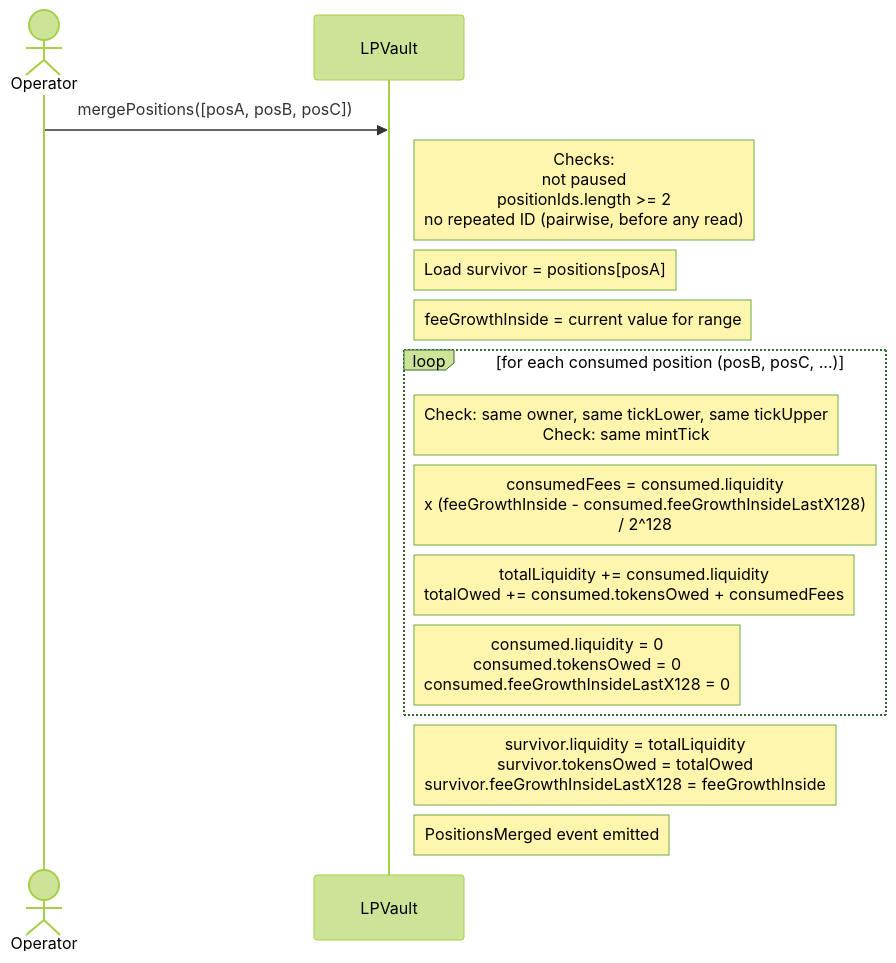
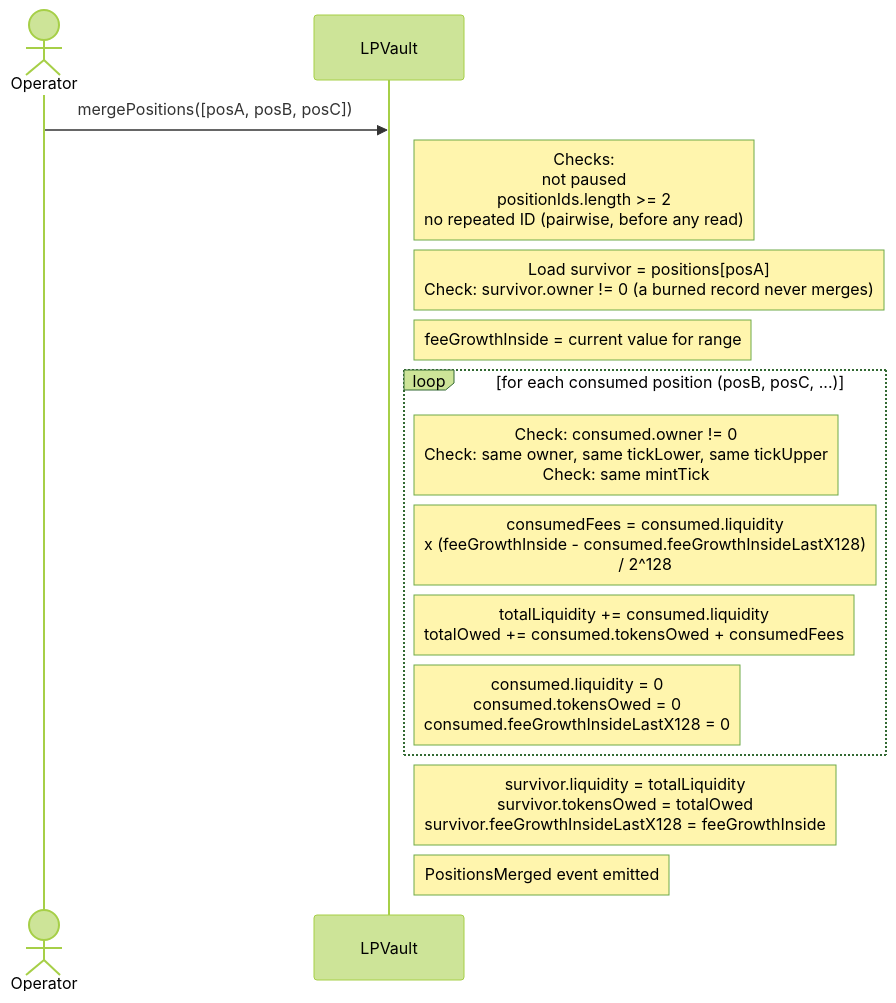
One commit to ProphetMarket/lp-vaults changed diagram 18 of 35 in REFERENCE.md. Above: the diagram before and after it, drawn with Mermaid (forest theme). The commit also changed other lines of this file and 3 other files, not shown here.

First line of the commit message:
chore (vault): Correct the documents to the code and record R15

````diff
--- a/REFERENCE.md
+++ b/REFERENCE.md
@@ -896,21 +897,21 @@
 ```mermaid
 sequenceDiagram
     actor Operator
     participant Vault as LPVault
 
     Operator->>Vault: mergePositions([posA, posB, posC])
     Note right of Vault: Checks:<br/>not paused<br/>positionIds.length >= 2<br/>no repeated ID (pairwise, before any read)
 
-    Note right of Vault: Load survivor = positions[posA]
+    Note right of Vault: Load survivor = positions[posA]<br/>Check: survivor.owner != 0 (a burned record never merges)
     Note right of Vault: feeGrowthInside = current value for range
 
     loop for each consumed position (posB, posC, ...)
-        Note right of Vault: Check: same owner, same tickLower, same tickUpper<br/>Check: same mintTick
+        Note right of Vault: Check: consumed.owner != 0<br/>Check: same owner, same tickLower, same tickUpper<br/>Check: same mintTick
         Note right of Vault: consumedFees = consumed.liquidity<br/>    x (feeGrowthInside - consumed.feeGrowthInsideLastX128)<br/>    / 2^128
         Note right of Vault: totalLiquidity += consumed.liquidity<br/>totalOwed += consumed.tokensOwed + consumedFees
         Note right of Vault: consumed.liquidity = 0<br/>consumed.tokensOwed = 0<br/>consumed.feeGrowthInsideLastX128 = 0
     end
 
     Note right of Vault: survivor.liquidity = totalLiquidity<br/>survivor.tokensOwed = totalOwed<br/>survivor.feeGrowthInsideLastX128 = feeGrowthInside
     Note right of Vault: PositionsMerged event emitted
 ```
````
